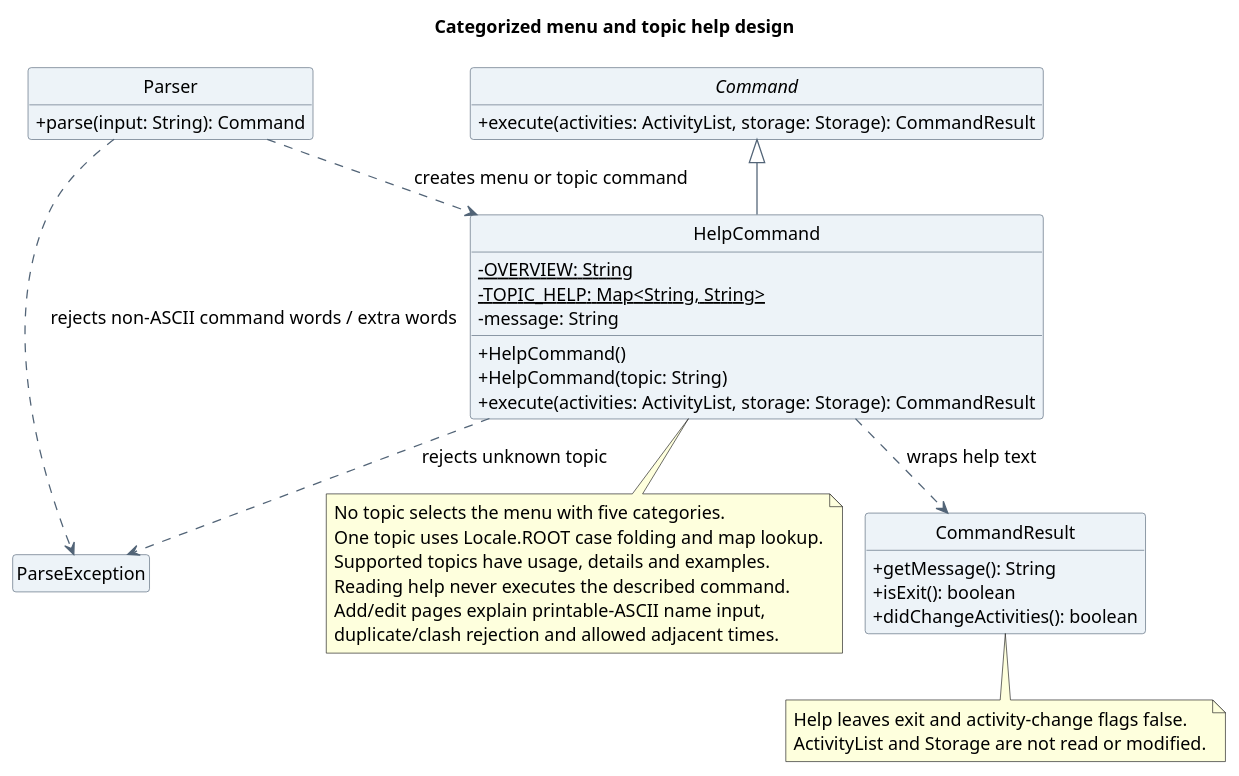
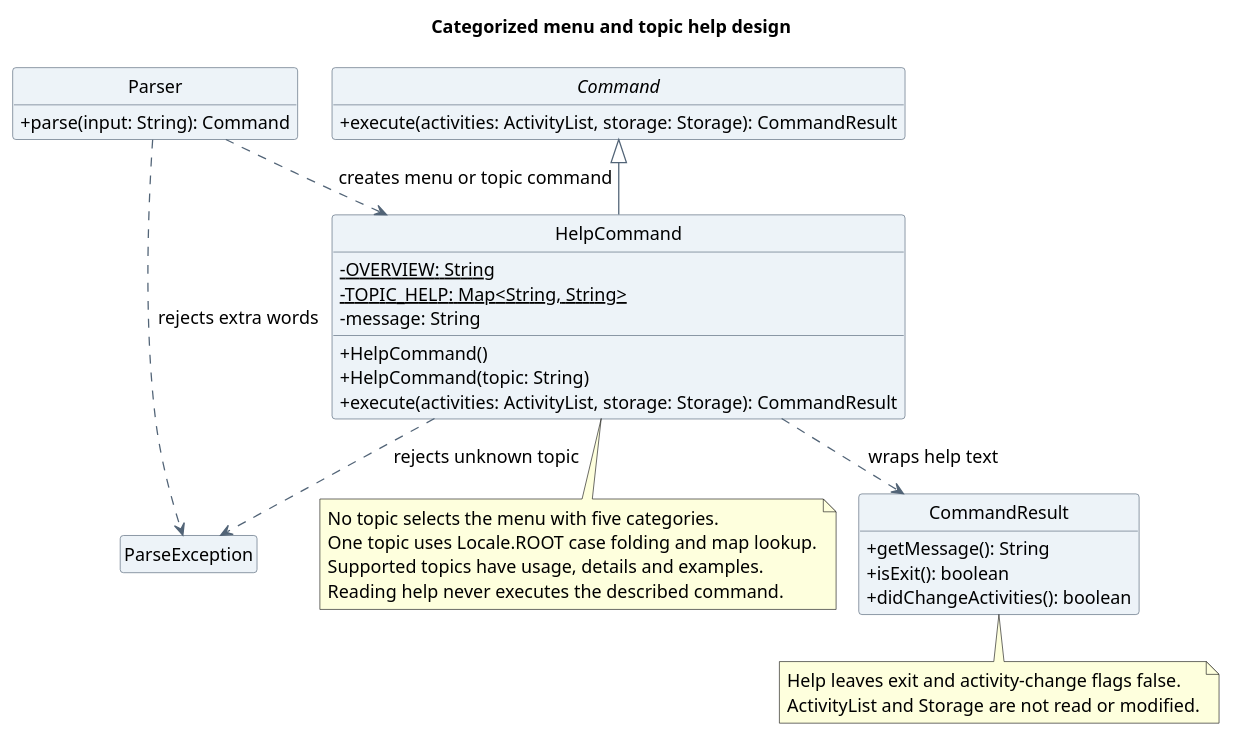
One commit to AY2627S1-CS2113-T10-4/tp changed the diagram in docs/diagrams/atharva/class/TopicHelpClassDiagram.puml. Above: the diagram before and after it, drawn with PlantUML. The commit also changed 3 other files, not shown here.

First line of the commit message:
docs: update Atharva diagrams

```diff
--- a/docs/diagrams/atharva/class/TopicHelpClassDiagram.puml
+++ b/docs/diagrams/atharva/class/TopicHelpClassDiagram.puml
@@ -2,54 +2,52 @@
 @startuml
 !pragma layout smetana
 title Categorized menu and topic help design
 skinparam backgroundColor white
 skinparam shadowing false
 skinparam defaultFontName SansSerif
 skinparam defaultFontSize 14
 skinparam classAttributeIconSize 0
 skinparam classBackgroundColor #EDF3F8
 skinparam classBorderColor #526477
 skinparam ArrowColor #526477
 hide circle
 hide empty members
 
 abstract class Command {
   +execute(activities: ActivityList, storage: Storage): CommandResult
 }
 class Parser {
   +parse(input: String): Command
 }
 class HelpCommand {
   {static} -OVERVIEW: String
   {static} -TOPIC_HELP: Map<String, String>
   -message: String
   +HelpCommand()
   +HelpCommand(topic: String)
   +execute(activities: ActivityList, storage: Storage): CommandResult
 }
 class CommandResult {
   +getMessage(): String
   +isExit(): boolean
   +didChangeActivities(): boolean
 }
 class ParseException
 
 Command <|-- HelpCommand
 Parser ..> HelpCommand : creates menu or topic command
-Parser ..> ParseException : rejects non-ASCII command words / extra words
+Parser ..> ParseException : rejects extra words
 HelpCommand ..> ParseException : rejects unknown topic
 HelpCommand ..> CommandResult : wraps help text
 
 note bottom of HelpCommand
   No topic selects the menu with five categories.
   One topic uses Locale.ROOT case folding and map lookup.
   Supported topics have usage, details and examples.
   Reading help never executes the described command.
-  Add/edit pages explain printable-ASCII name input,
-  duplicate/clash rejection and allowed adjacent times.
 end note
 note bottom of CommandResult
   Help leaves exit and activity-change flags false.
   ActivityList and Storage are not read or modified.
 end note
 @enduml
```
